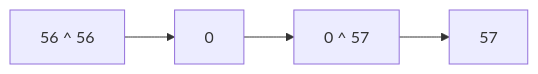
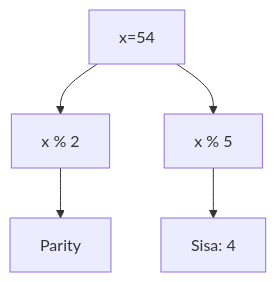
Diagram 14 of 25 in part-c-pemahaman-cpp/06-bitwise/latihan/set-02.md (amnahwaida/OSNK_INF_PREP), drawn with Mermaid before and after one commit. The commit also changed other lines of this file and 71 other files, not shown here.

````diff
--- a/part-c-pemahaman-cpp/06-bitwise/latihan/set-02.md
+++ b/part-c-pemahaman-cpp/06-bitwise/latihan/set-02.md
@@ -378,6 +420,7 @@
 ```mermaid
-graph LR
-    A["56 ^ 56"] --> B[0]
-    B --> C["0 ^ 57"]
-    C --> D["57"]
+graph TD
+A[x=54] --> B[x % 2]
+B --> C[Parity]
+A --> D[x % 5]
+D --> E[Sisa: 4]
 ```
````
